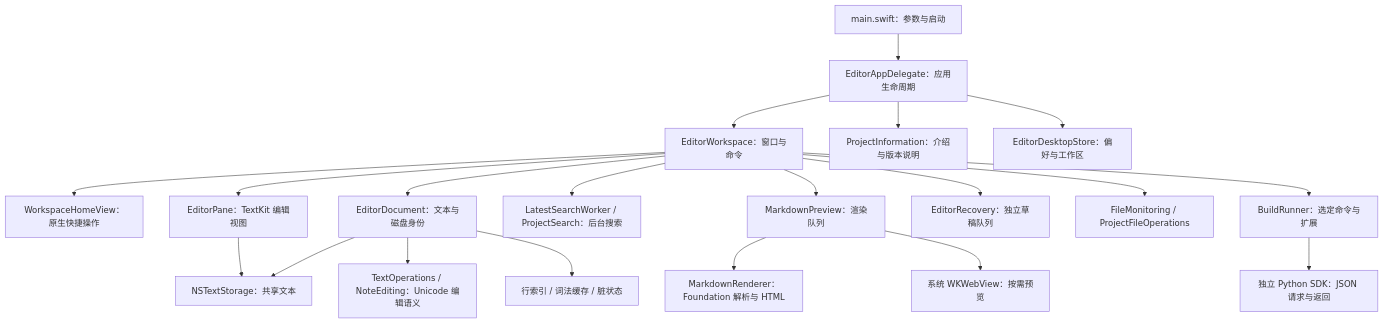
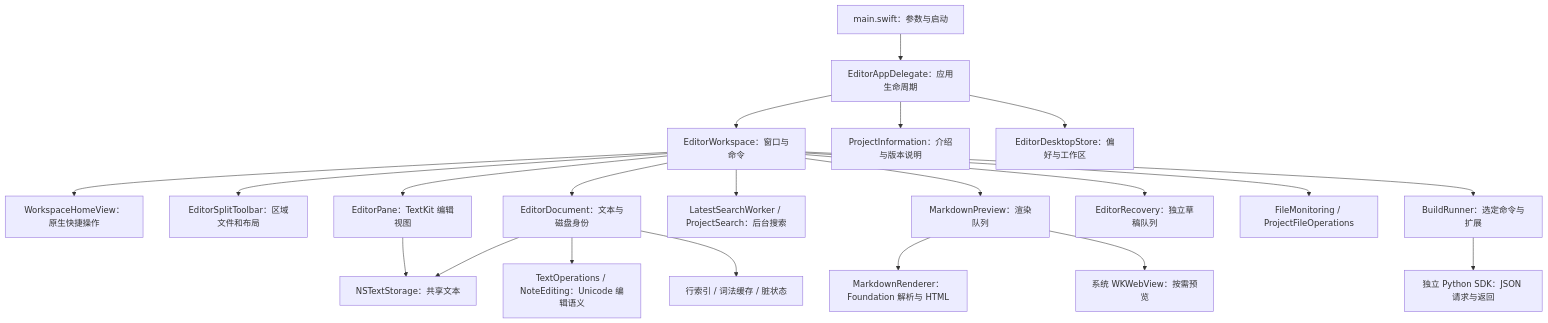
One commit to ziqi-wlb/OpenSourceEditor changed the diagram in docs/architecture.zh-CN.md. Above: the diagram before and after it, drawn with Mermaid. The commit also changed other lines of this file and 29 other files, not shown here.

Commit message:
feat(editor): add independent editor split layouts

````diff
--- a/docs/architecture.zh-CN.md
+++ b/docs/architecture.zh-CN.md
@@ -9,22 +9,23 @@
 ```mermaid
 flowchart TB
     entry[main.swift：参数与启动] --> app[EditorAppDelegate：应用生命周期]
     app --> workspace[EditorWorkspace：窗口与命令]
     app --> information[ProjectInformation：介绍与版本说明]
     workspace --> home[WorkspaceHomeView：原生快捷操作]
+    workspace --> splits[EditorSplitToolbar：区域文件和布局]
     workspace --> doc[EditorDocument：文本与磁盘身份]
     workspace --> panes[EditorPane：TextKit 编辑视图]
     panes --> storage[NSTextStorage：共享文本]
     doc --> storage
     doc --> operations[TextOperations / NoteEditing：Unicode 编辑语义]
     doc --> indexes[行索引 / 词法缓存 / 脏状态]
     workspace --> search[LatestSearchWorker / ProjectSearch：后台搜索]
     workspace --> preview[MarkdownPreview：渲染队列]
     preview --> renderer[MarkdownRenderer：Foundation 解析与 HTML]
     preview --> web[系统 WKWebView：按需预览]
     workspace --> recovery[EditorRecovery：独立草稿队列]
     app --> desktop[EditorDesktopStore：偏好与工作区]
     workspace --> files[FileMonitoring / ProjectFileOperations]
     workspace --> services[BuildRunner：选定命令与扩展]
     services --> python[独立 Python SDK：JSON 请求与返回]
 ```
````
